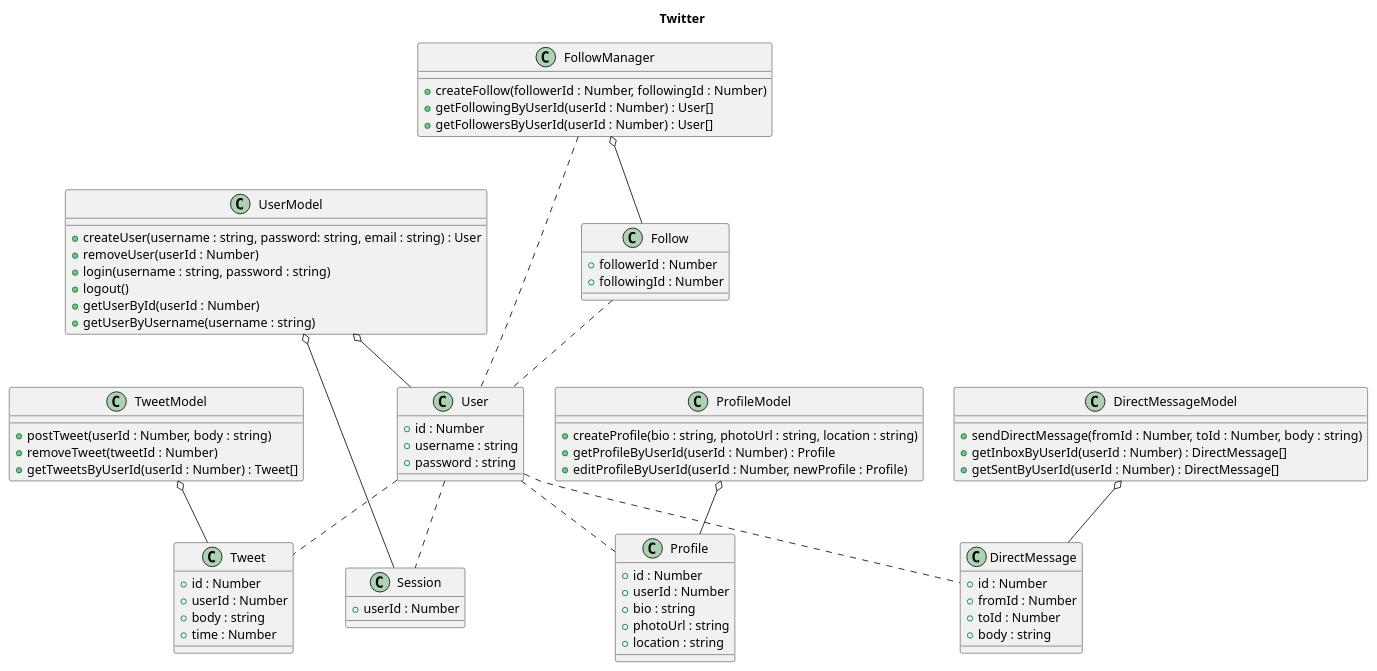
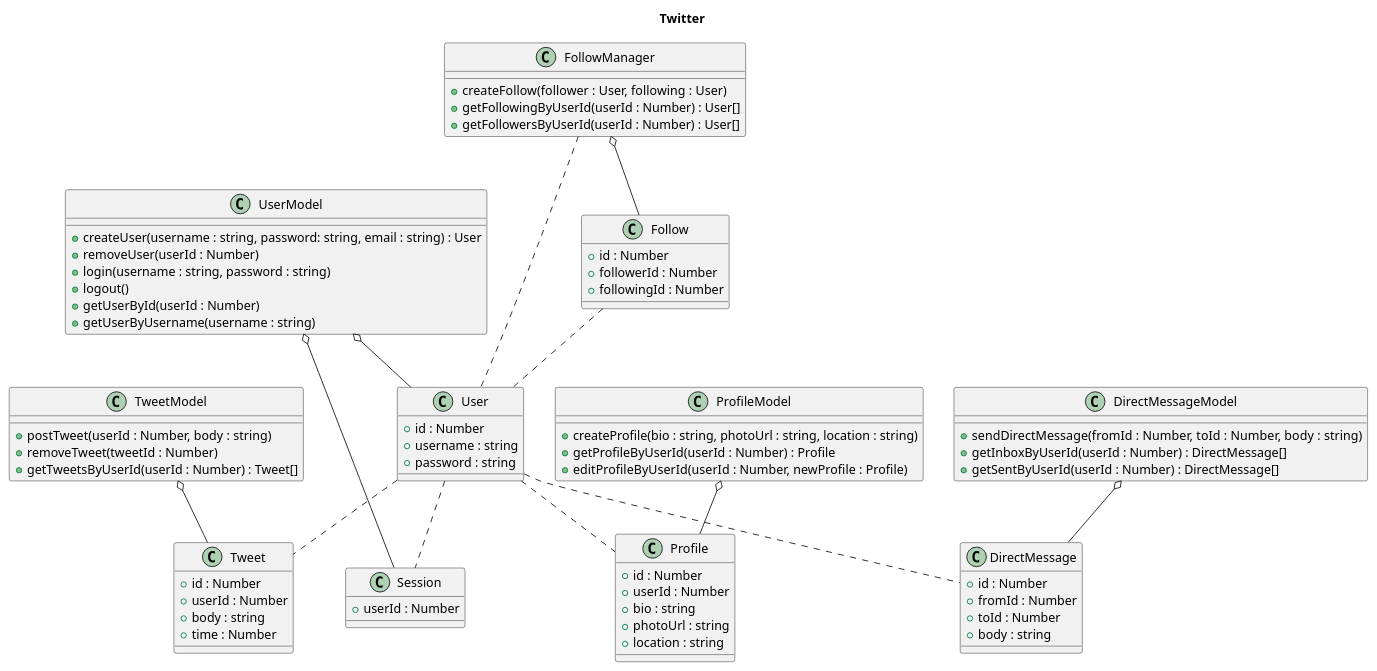
One commit to tart-summer-camp-2011/fe201 changed the diagram in model/classDiagram.plantuml. Above: the diagram before and after it, drawn with PlantUML. The commit also changed 1 other file, not shown here.

Commit message:
updated class diagram for FollowManager to accept users instead of user id's in createFollow.

```diff
--- a/model/classDiagram.plantuml
+++ b/model/classDiagram.plantuml
@@ -1,86 +1,87 @@
 @startuml
 title Twitter
 
 class User {
 	+ id : Number
 	+ username : string
 	+ password : string
 }
 
 class Tweet {
 	+ id : Number
 	+ userId : Number
 	+ body : string
 	+ time : Number
 }
 
 class UserModel {
 	+ createUser(username : string, password: string, email : string) : User
 	+ removeUser(userId : Number)
 	+ login(username : string, password : string)
 	+ logout()
 	+ getUserById(userId : Number)
 	+ getUserByUsername(username : string)
 }
 
 class Session {
 	+ userId : Number
 }
 
 class FollowManager {
-	+ createFollow(followerId : Number, followingId : Number)
+	+ createFollow(follower : User, following : User)
 	+ getFollowingByUserId(userId : Number) : User[]
 	+ getFollowersByUserId(userId : Number) : User[]
 }
 
 class Profile {
 	+ id : Number
 	+ userId : Number
 	+ bio : string
 	+ photoUrl : string
 	+ location : string
 }
 
 class ProfileModel {
 	+ createProfile(bio : string, photoUrl : string, location : string)
 	+ getProfileByUserId(userId : Number) : Profile
 	+ editProfileByUserId(userId : Number, newProfile : Profile)
 }
 
 class TweetModel {
 	+ postTweet(userId : Number, body : string)
 	+ removeTweet(tweetId : Number)
 	+ getTweetsByUserId(userId : Number) : Tweet[]
 }
 
 class DirectMessage {
 	+ id : Number
 	+ fromId : Number
 	+ toId : Number
 	+ body : string
 }
 
 class DirectMessageModel {
 	+ sendDirectMessage(fromId : Number, toId : Number, body : string)
 	+ getInboxByUserId(userId : Number) : DirectMessage[]
 	+ getSentByUserId(userId : Number) : DirectMessage[]
 }
 
 class Follow {
+	+ id : Number
 	+ followerId : Number
 	+ followingId : Number
 }
 
 UserModel o-- User
 UserModel o-- Session
 DirectMessageModel o-- DirectMessage
 ProfileModel o-- Profile
 TweetModel o-- Tweet
 FollowManager o-- Follow
 User .. Session
 User .. Tweet
 User .. Profile
 User .. DirectMessage
 Follow .. User
 FollowManager .. User
 @enduml
```
